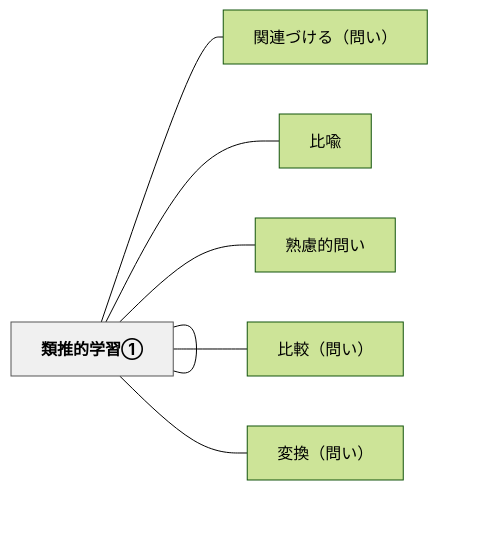
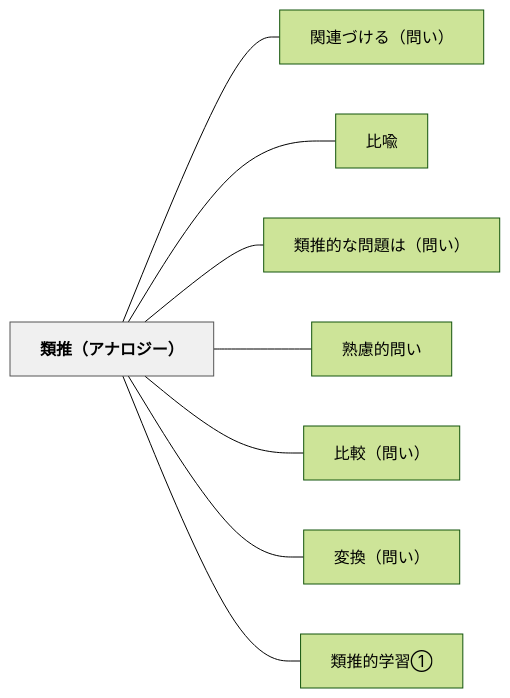
The diagram in content/パタン/類推（アナロジー）.md (unknownthings-ed-patterns/unknownthings-ed-patterns), drawn with Mermaid (forest theme) before and after one commit. The commit also changed 527 other files, not shown here.

````diff
--- a/content/パタン/類推（アナロジー）.md
+++ b/content/パタン/類推（アナロジー）.md
@@ -52,22 +52,22 @@
 ```mermaid
 flowchart LR
-    ne9a19ee68ea8["類推（アナロジー）"]
-    ne996a2e980a3["関連づける（問い）"]
+    ne9a19ee68ea8efbc88e382a2e3838ae383ade382b8e383bcefbc89["類推（アナロジー）"]
+    ne996a2e980a3e381a5e38191e3828befbc88e5958fe38184efbc89["関連づける（問い）"]
     ne6af94e596a9["比喩"]
-    ne9a19ee68ea8["類推的な問題は（問い）"]
-    ne7869fe685ae["熟慮的問い"]
-    ne6af94e8bc83["比較（問い）"]
-    ne5a489e68f9b["変換（問い）"]
-    ne9a19ee68ea8["類推的学習①"]
+    ne9a19ee68ea8e79a84e381aae5958fe9a18ce381afefbc88e5958fe38184efbc89["類推的な問題は（問い）"]
+    ne7869fe685aee79a84e5958fe38184["熟慮的問い"]
+    ne6af94e8bc83efbc88e5958fe38184efbc89["比較（問い）"]
+    ne5a489e68f9befbc88e5958fe38184efbc89["変換（問い）"]
+    ne9a19ee68ea8e79a84e5ada6e7bf92e291a0["類推的学習①"]
 
-    ne9a19ee68ea8 --- ne996a2e980a3
-    ne9a19ee68ea8 --- ne6af94e596a9
-    ne9a19ee68ea8 --- ne9a19ee68ea8
-    ne9a19ee68ea8 --- ne7869fe685ae
-    ne9a19ee68ea8 --- ne6af94e8bc83
-    ne9a19ee68ea8 --- ne5a489e68f9b
-    ne9a19ee68ea8 --- ne9a19ee68ea8
+    ne9a19ee68ea8efbc88e382a2e3838ae383ade382b8e383bcefbc89 --- ne996a2e980a3e381a5e38191e3828befbc88e5958fe38184efbc89
+    ne9a19ee68ea8efbc88e382a2e3838ae383ade382b8e383bcefbc89 --- ne6af94e596a9
+    ne9a19ee68ea8efbc88e382a2e3838ae383ade382b8e383bcefbc89 --- ne9a19ee68ea8e79a84e381aae5958fe9a18ce381afefbc88e5958fe38184efbc89
+    ne9a19ee68ea8efbc88e382a2e3838ae383ade382b8e383bcefbc89 --- ne7869fe685aee79a84e5958fe38184
+    ne9a19ee68ea8efbc88e382a2e3838ae383ade382b8e383bcefbc89 --- ne6af94e8bc83efbc88e5958fe38184efbc89
+    ne9a19ee68ea8efbc88e382a2e3838ae383ade382b8e383bcefbc89 --- ne5a489e68f9befbc88e5958fe38184efbc89
+    ne9a19ee68ea8efbc88e382a2e3838ae383ade382b8e383bcefbc89 --- ne9a19ee68ea8e79a84e5ada6e7bf92e291a0
 
     classDef hub fill:#f0f0f0,stroke:#555,color:#000,font-weight:bold
-    class ne9a19ee68ea8 hub
+    class ne9a19ee68ea8efbc88e382a2e3838ae383ade382b8e383bcefbc89 hub
 ```
````
